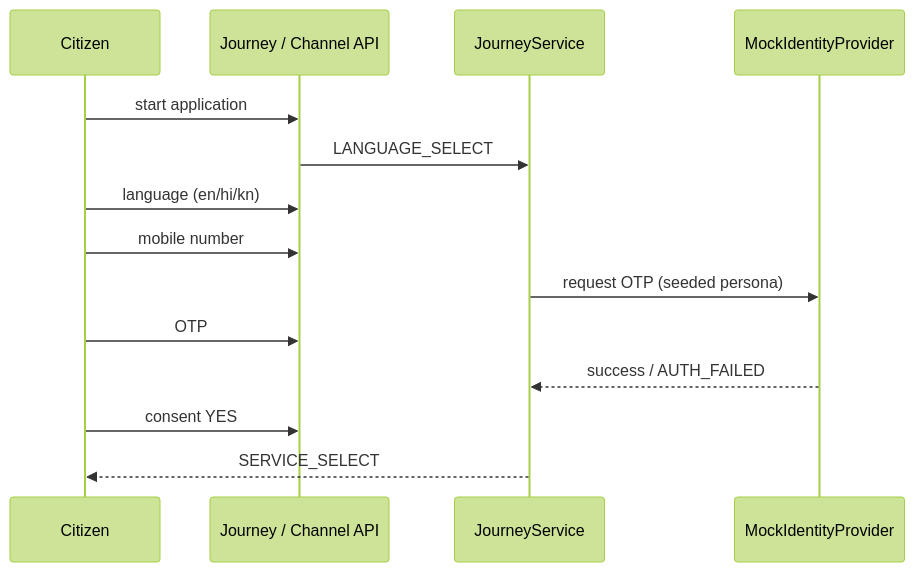
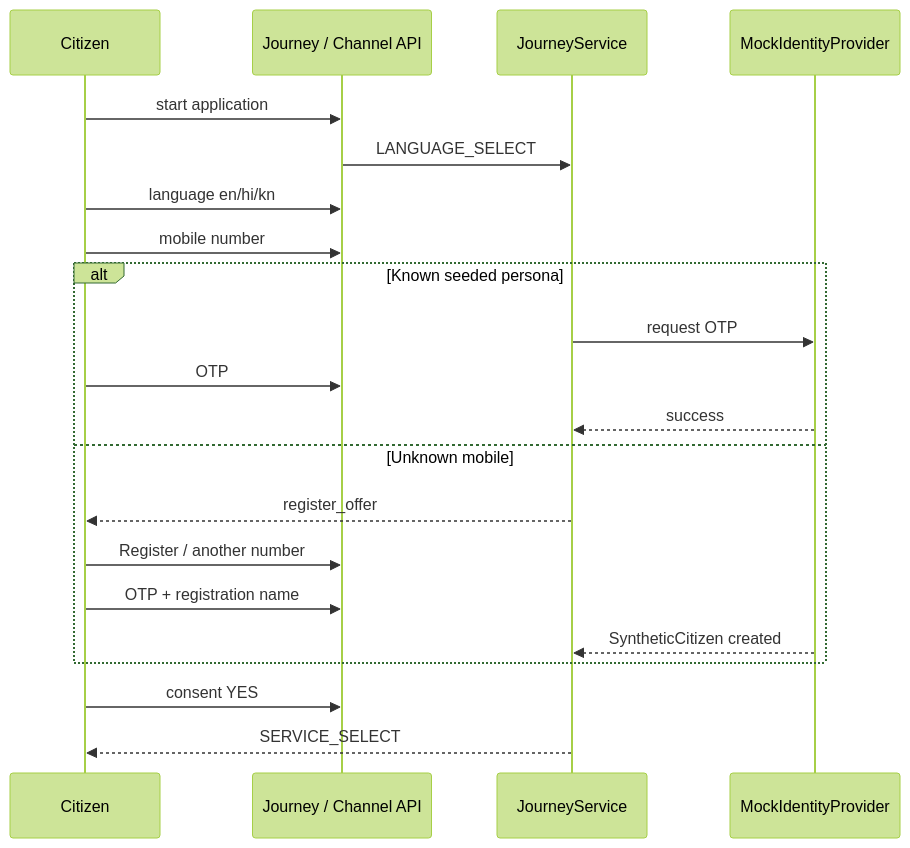
Before and after one commit to Gautamprakash17/multilingual-voice-revenue-services: diagram 11 of 15 in docs/diagrams.md, drawn with Mermaid (forest theme). The commit also changed other lines of this file and 2 other files, not shown here.

First line of the commit message:
docs: sync architecture diagrams and data classification with codebase

````diff
--- a/docs/diagrams.md
+++ b/docs/diagrams.md
@@ -88,16 +317,23 @@
 ```mermaid
 sequenceDiagram
   participant U as Citizen
   participant API as Journey / Channel API
   participant J as JourneyService
   participant ID as MockIdentityProvider
   U->>API: start application
   API->>J: LANGUAGE_SELECT
-  U->>API: language (en/hi/kn)
+  U->>API: language en/hi/kn
   U->>API: mobile number
-  J->>ID: request OTP (seeded persona)
-  U->>API: OTP
-  ID-->>J: success / AUTH_FAILED
+  alt Known seeded persona
+    J->>ID: request OTP
+    U->>API: OTP
+    ID-->>J: success
+  else Unknown mobile
+    J-->>U: register_offer
+    U->>API: Register / another number
+    U->>API: OTP + registration name
+    ID-->>J: SyntheticCitizen created
+  end
   U->>API: consent YES
   J-->>U: SERVICE_SELECT
 ```
````
